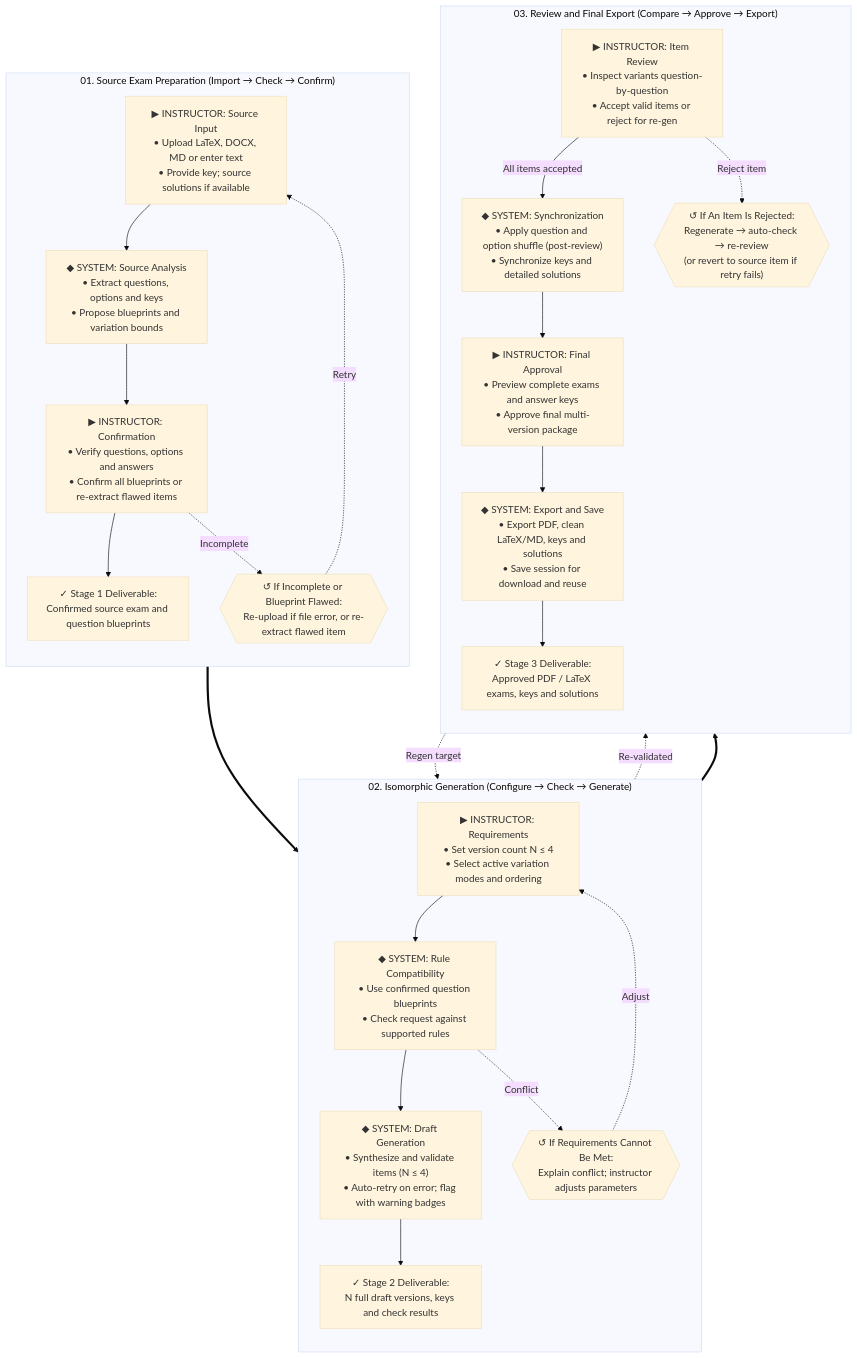
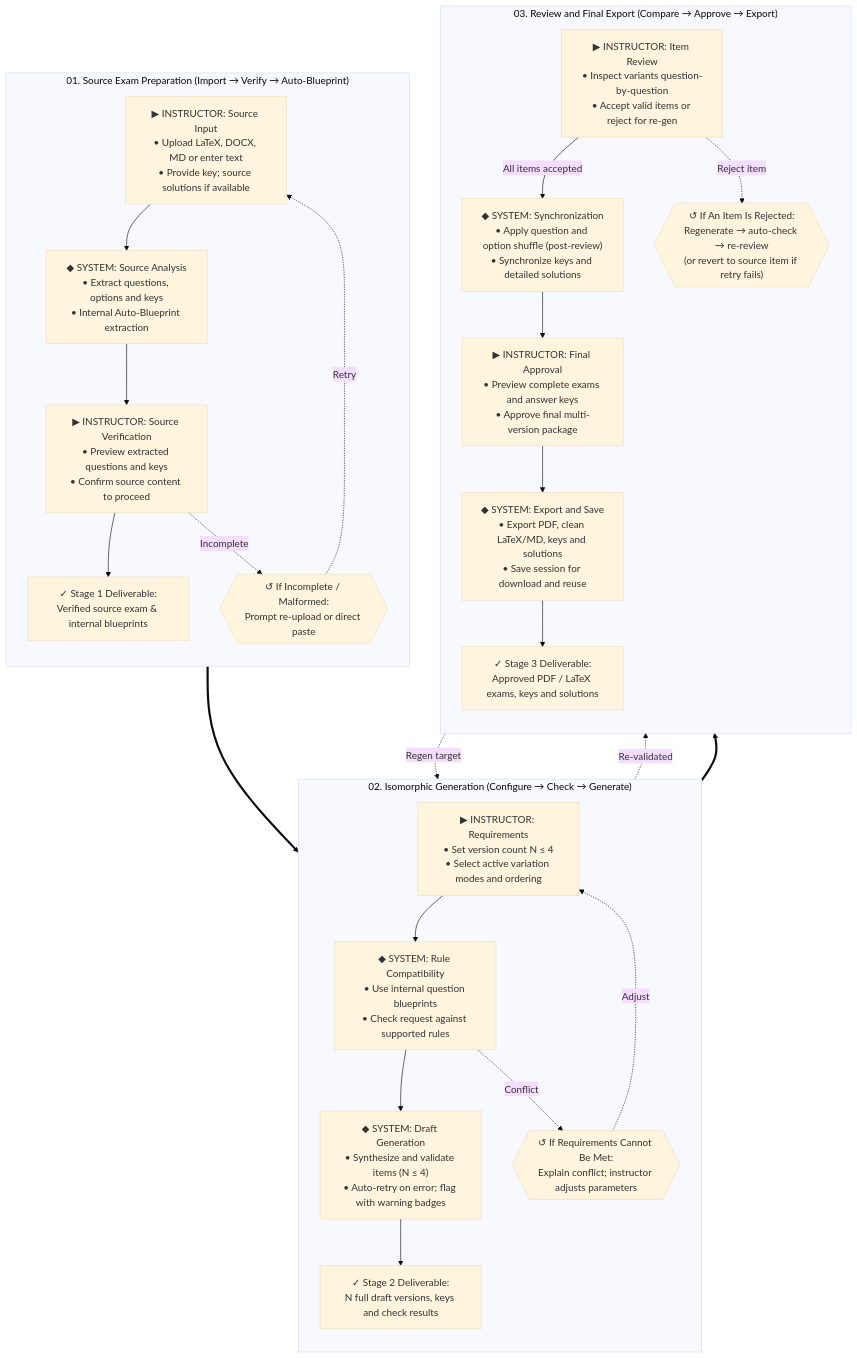
One commit to Computational-Thinking-Project/isomorphic-exam-synthesizer changed the second of 2 diagrams in docs/description.md. Above: the diagram before and after it, drawn with Mermaid (base theme). The commit also changed other lines of this file and 4 other files, not shown here.

Commit message:
docs: streamline stage 1 with black-box auto-blueprint and source preview

````diff
--- a/docs/description.md
+++ b/docs/description.md
@@ -148,65 +148,65 @@
 ```mermaid
 flowchart TB
     %% ============================================================
     %% STAGE 1: Source Exam Preparation
     %% ============================================================
-    subgraph Stage1 ["01. Source Exam Preparation (Import → Check → Confirm)"]
+    subgraph Stage1 ["01. Source Exam Preparation (Import → Verify → Auto-Blueprint)"]
         direction TB
         S1_1["▶ INSTRUCTOR: Source Input<br/>• Upload LaTeX, DOCX, MD or enter text<br/>• Provide key; source solutions if available"]
-        S1_2["◆ SYSTEM: Source Analysis<br/>• Extract questions, options and keys<br/>• Propose blueprints and variation bounds"]
-        S1_3["▶ INSTRUCTOR: Confirmation<br/>• Verify questions, options and answers<br/>• Confirm all blueprints or re-extract flawed items"]
-        S1_Warn{{"↺ If Incomplete or Blueprint Flawed:<br/>Re-upload if file error, or re-extract flawed item"}}
-        S1_Res["✓ Stage 1 Deliverable:<br/>Confirmed source exam and question blueprints"]
+        S1_2["◆ SYSTEM: Source Analysis<br/>• Extract questions, options and keys<br/>• Internal Auto-Blueprint extraction"]
+        S1_3["▶ INSTRUCTOR: Source Verification<br/>• Preview extracted questions and keys<br/>• Confirm source content to proceed"]
+        S1_Warn{{"↺ If Incomplete / Malformed:<br/>Prompt re-upload or direct paste"}}
+        S1_Res["✓ Stage 1 Deliverable:<br/>Verified source exam & internal blueprints"]
 
         S1_1 --> S1_2
         S1_2 --> S1_3
         S1_3 --> S1_Res
         S1_3 -. "Incomplete" .-> S1_Warn
         S1_Warn -. "Retry" .-> S1_1
     end
 
     %% ============================================================
     %% STAGE 2: Isomorphic Generation
     %% ============================================================
     subgraph Stage2 ["02. Isomorphic Generation (Configure → Check → Generate)"]
         direction TB
         S2_1["▶ INSTRUCTOR: Requirements<br/>• Set version count N ≤ 4<br/>• Select active variation modes and ordering"]
-        S2_2["◆ SYSTEM: Rule Compatibility<br/>• Use confirmed question blueprints<br/>• Check request against supported rules"]
+        S2_2["◆ SYSTEM: Rule Compatibility<br/>• Use internal question blueprints<br/>• Check request against supported rules"]
         S2_Warn{{"↺ If Requirements Cannot Be Met:<br/>Explain conflict; instructor adjusts parameters"}}
         S2_3["◆ SYSTEM: Draft Generation<br/>• Synthesize and validate items (N ≤ 4)<br/>• Auto-retry on error; flag with warning badges"]
         S2_Res["✓ Stage 2 Deliverable:<br/>N full draft versions, keys and check results"]
 
         S2_1 --> S2_2
         S2_2 --> S2_3
         S2_2 -. "Conflict" .-> S2_Warn
         S2_Warn -. "Adjust" .-> S2_1
         S2_3 --> S2_Res
     end
 
     %% ============================================================
     %% STAGE 3: Review and Final Export
     %% ============================================================
     subgraph Stage3 ["03. Review and Final Export (Compare → Approve → Export)"]
         direction TB
         S3_1["▶ INSTRUCTOR: Item Review<br/>• Inspect variants question-by-question<br/>• Accept valid items or reject for re-gen"]
         S3_Warn{{"↺ If An Item Is Rejected:<br/>Regenerate → auto-check → re-review<br/>(or revert to source item if retry fails)"}}
         S3_2["◆ SYSTEM: Synchronization<br/>• Apply question and option shuffle (post-review)<br/>• Synchronize keys and detailed solutions"]
         S3_3["▶ INSTRUCTOR: Final Approval<br/>• Preview complete exams and answer keys<br/>• Approve final multi-version package"]
         S3_4["◆ SYSTEM: Export and Save<br/>• Export PDF, clean LaTeX/MD, keys and solutions<br/>• Save session for download and reuse"]
         S3_Res["✓ Stage 3 Deliverable:<br/>Approved PDF / LaTeX exams, keys and solutions"]
 
         S3_1 -->|"All items accepted"| S3_2
         S3_1 -. "Reject item" .-> S3_Warn
         S3_2 --> S3_3
         S3_3 --> S3_4
         S3_4 --> S3_Res
     end
 
     %% Inter-stage Transitions
     Stage1 ==> Stage2
     Stage2 ==> Stage3
 
     %% Closed Feedback Loop
     S3_Warn -. "Regen target" .-> S2_3
     S2_3 -. "Re-validated" .-> S3_1
 ```
````
